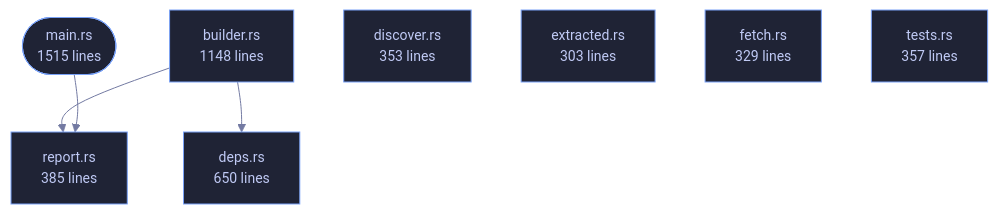
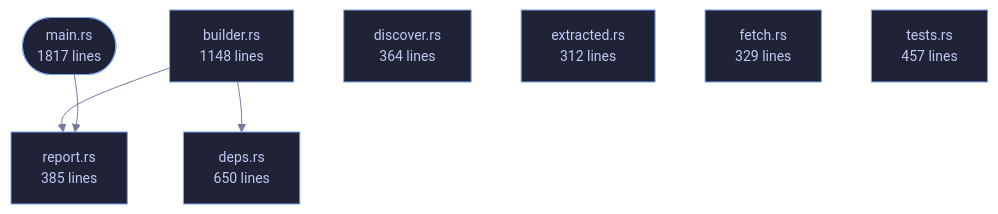
One commit to tilas01/veilvoice changed the diagram in wiki/Crate-veilvoice-verify.md. Above: the diagram before and after it, drawn with Mermaid. The commit also changed other lines of this file and 108 other files, not shown here.

````diff
--- a/wiki/Crate-veilvoice-verify.md
+++ b/wiki/Crate-veilvoice-verify.md
@@ -80,23 +80,23 @@
 ```mermaid
 %%{init: {"theme":"base","themeVariables":{"background":"#1a1b26","primaryColor":"#1f2335","primaryTextColor":"#c0caf5","primaryBorderColor":"#7aa2f7","secondaryColor":"#16161e","tertiaryColor":"#16161e","lineColor":"#737aa2","textColor":"#c0caf5","mainBkg":"#1f2335","nodeBorder":"#7aa2f7","clusterBkg":"#16161e","clusterBorder":"#2f3549","fontFamily":"ui-monospace, SFMono-Regular, Consolas, monospace","fontSize":"14px"}}}%%
 flowchart TD
-    n_main(["main.rs<br/>1515 lines"])
+    n_main(["main.rs<br/>1817 lines"])
     n_builder["builder.rs<br/>1148 lines"]
     n_deps["deps.rs<br/>650 lines"]
-    n_discover["discover.rs<br/>353 lines"]
-    n_extracted["extracted.rs<br/>303 lines"]
+    n_discover["discover.rs<br/>364 lines"]
+    n_extracted["extracted.rs<br/>312 lines"]
     n_fetch["fetch.rs<br/>329 lines"]
     n_report["report.rs<br/>385 lines"]
-    n_tests["tests.rs<br/>357 lines"]
+    n_tests["tests.rs<br/>457 lines"]
     n_builder --> n_deps
     n_builder --> n_report
     n_main --> n_report
     click n_main href "https://github.com/tilas01/veilvoice/blob/main/crates/veilvoice-verify/src/main.rs" "open the source"
     click n_builder href "https://github.com/tilas01/veilvoice/blob/main/crates/veilvoice-verify/src/builder.rs" "open the source"
     click n_deps href "https://github.com/tilas01/veilvoice/blob/main/crates/veilvoice-verify/src/deps.rs" "open the source"
     click n_discover href "https://github.com/tilas01/veilvoice/blob/main/crates/veilvoice-verify/src/discover.rs" "open the source"
     click n_extracted href "https://github.com/tilas01/veilvoice/blob/main/crates/veilvoice-verify/src/extracted.rs" "open the source"
     click n_fetch href "https://github.com/tilas01/veilvoice/blob/main/crates/veilvoice-verify/src/fetch.rs" "open the source"
     click n_report href "https://github.com/tilas01/veilvoice/blob/main/crates/veilvoice-verify/src/report.rs" "open the source"
     click n_tests href "https://github.com/tilas01/veilvoice/blob/main/crates/veilvoice-verify/src/tests.rs" "open the source"
 ```
````
